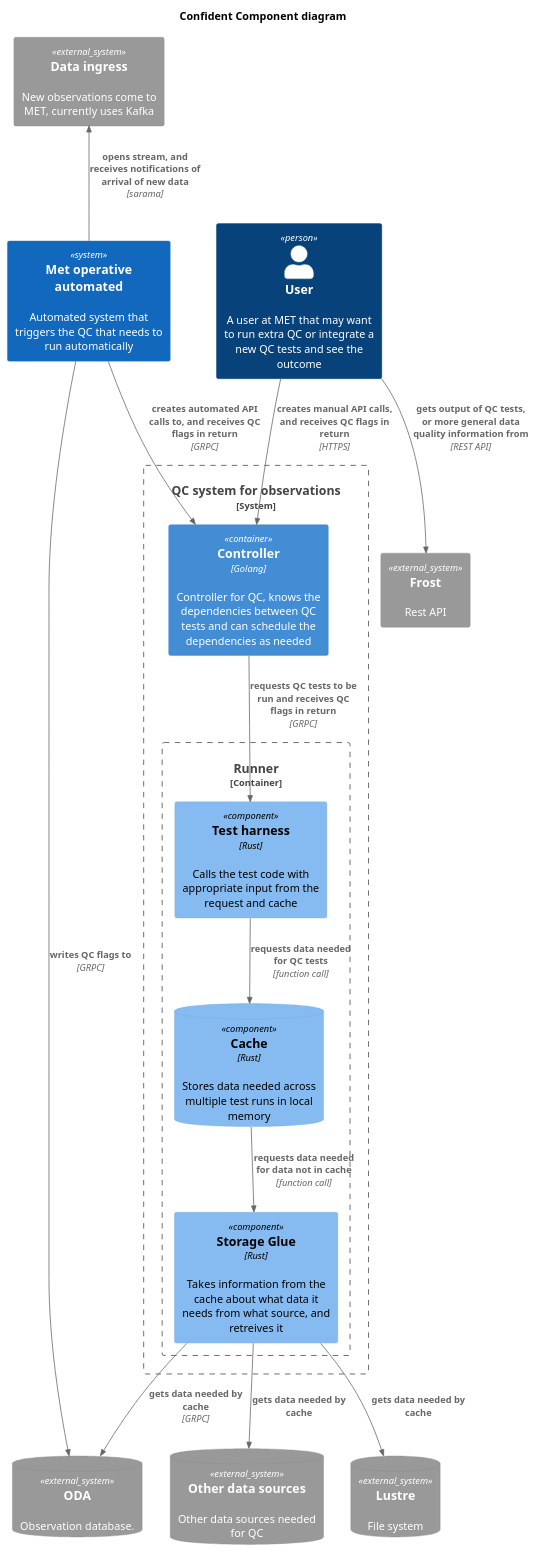
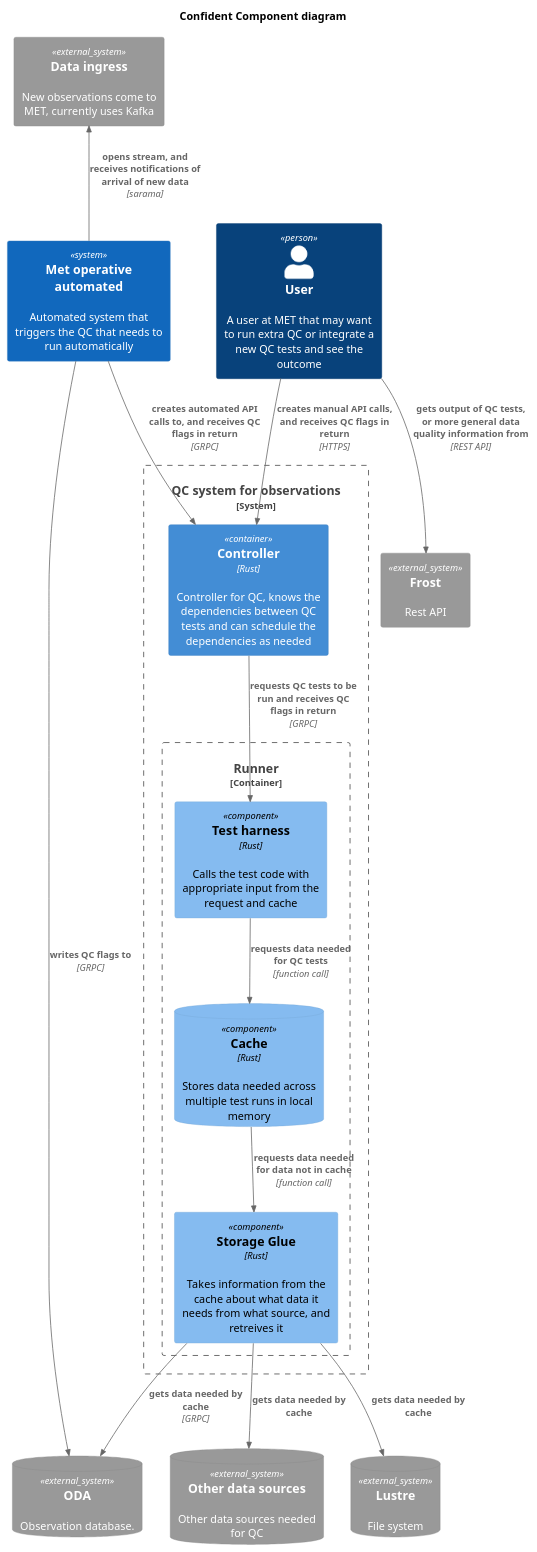
The diagram in docs/C4_component.puml (metno/rove), drawn with PlantUML before and after one commit. The commit also changed 3 other files, not shown here.

Commit message:
update diagrams to say only rust

```diff
--- a/docs/C4_component.puml
+++ b/docs/C4_component.puml
@@ -1,42 +1,42 @@
 @startuml Confident_Component
 !include https://raw.githubusercontent.com/plantuml-stdlib/C4-PlantUML/master/C4_Component.puml
 
 LAYOUT_TOP_DOWN()
 
 title
   Confident Component diagram
 end title
 
 Person(user, "User", "A user at MET that may want to run extra QC or integrate a new QC tests and see the outcome")
 System(new_obs_system, "Met operative automated", "Automated system that triggers the QC that needs to run automatically")
 System_Ext(kafka, "Data ingress", "New observations come to MET, currently uses Kafka")
 
 System_Ext(frost, "Frost", "Rest API")
 SystemDb_Ext(oda, "ODA", "Observation database.")
 SystemDb_Ext(lustre, "Lustre", "File system")
 SystemDb_Ext(datasources, "Other data sources", "Other data sources needed for QC")
 
 System_Boundary(Confident, "QC system for observations") {
-  Container(controller, "Controller", "Golang", "Controller for QC, knows the dependencies between QC tests and can schedule the dependencies as needed")
+  Container(controller, "Controller", "Rust", "Controller for QC, knows the dependencies between QC tests and can schedule the dependencies as needed")
   Container_Boundary(runner, "Runner") {
     Component(test_harness, "Test harness", "Rust", "Calls the test code with appropriate input from the request and cache")
     ComponentDb(cache, "Cache", "Rust", "Stores data needed across multiple test runs in local memory")
     Component(storage_glue, "Storage Glue", "Rust", "Takes information from the cache about what data it needs from what source, and retreives it")
   }
 }
 
 Rel_U(new_obs_system, kafka, "opens stream, and receives notifications of arrival of new data", "sarama")
 
 Rel(controller, test_harness, "requests QC tests to be run and receives QC flags in return", "GRPC")
 Rel(new_obs_system, oda, "writes QC flags to", "GRPC")
 
 Rel(test_harness, cache, "requests data needed for QC tests", "function call")
 Rel(cache, storage_glue, "requests data needed for data not in cache", "function call")
 
 Rel(user, controller, "creates manual API calls, and receives QC flags in return", "HTTPS")
 Rel(new_obs_system, controller, "creates automated API calls to, and receives QC flags in return", "GRPC")
 Rel(storage_glue, oda, "gets data needed by cache", "GRPC")
 Rel(storage_glue, lustre, "gets data needed by cache")
 Rel(storage_glue, datasources, "gets data needed by cache")
 Rel(user, frost, "gets output of QC tests, or more general data quality information from", "REST API")
 @enduml
```
